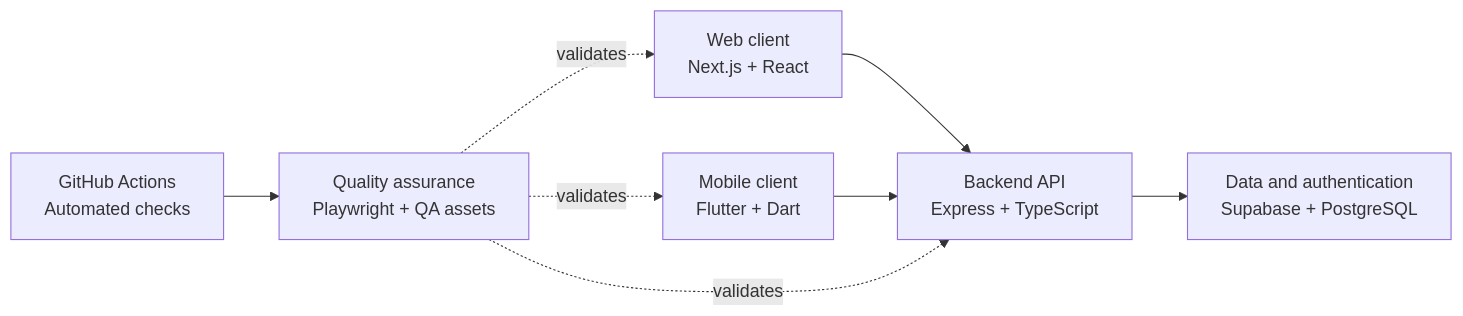
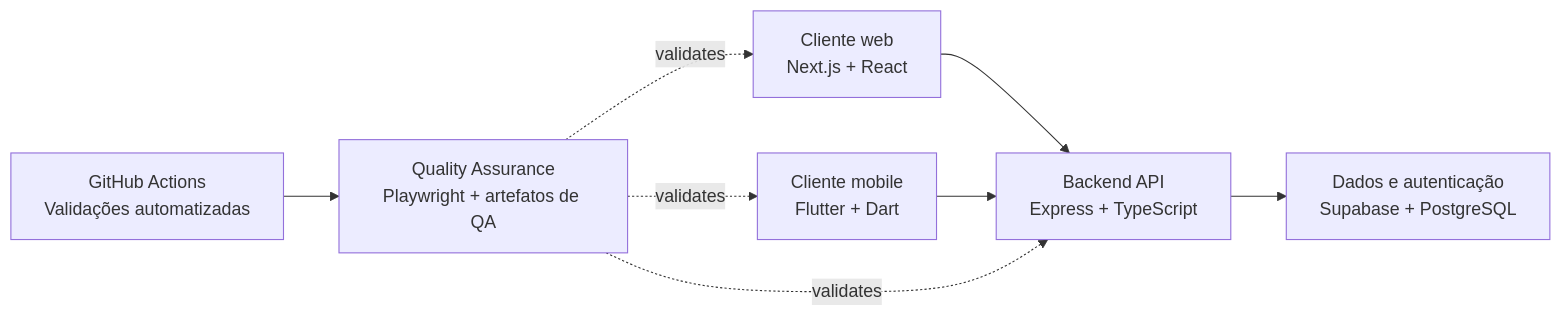
The diagram in profile/README.md (othersjob/.github), drawn with Mermaid before and after one commit. The commit also changed other lines of this file, not shown here.

````diff
--- a/profile/README.md
+++ b/profile/README.md
@@ -33,17 +33,17 @@
 ```mermaid
 flowchart LR
-    WEB["Web client<br/>Next.js + React"]
-    MOBILE["Mobile client<br/>Flutter + Dart"]
+    WEB["Cliente web<br/>Next.js + React"]
+    MOBILE["Cliente mobile<br/>Flutter + Dart"]
     API["Backend API<br/>Express + TypeScript"]
-    DATA["Data and authentication<br/>Supabase + PostgreSQL"]
-    QA["Quality assurance<br/>Playwright + QA assets"]
-    CI["GitHub Actions<br/>Automated checks"]
+    DATA["Dados e autenticação<br/>Supabase + PostgreSQL"]
+    QA["Quality Assurance<br/>Playwright + artefatos de QA"]
+    CI["GitHub Actions<br/>Validações automatizadas"]
 
     WEB --> API
     MOBILE --> API
     API --> DATA
     QA -. validates .-> WEB
     QA -. validates .-> API
     QA -. validates .-> MOBILE
     CI --> QA
 ```
````
